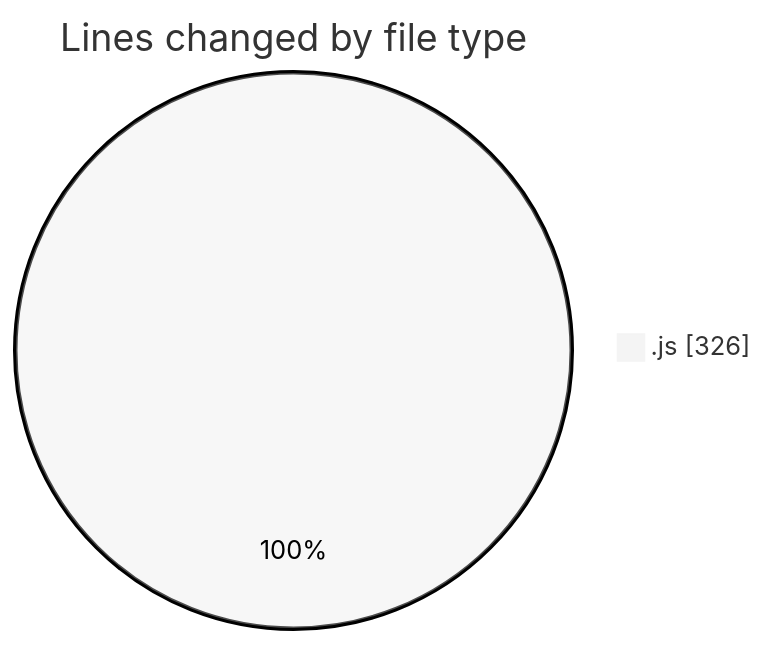
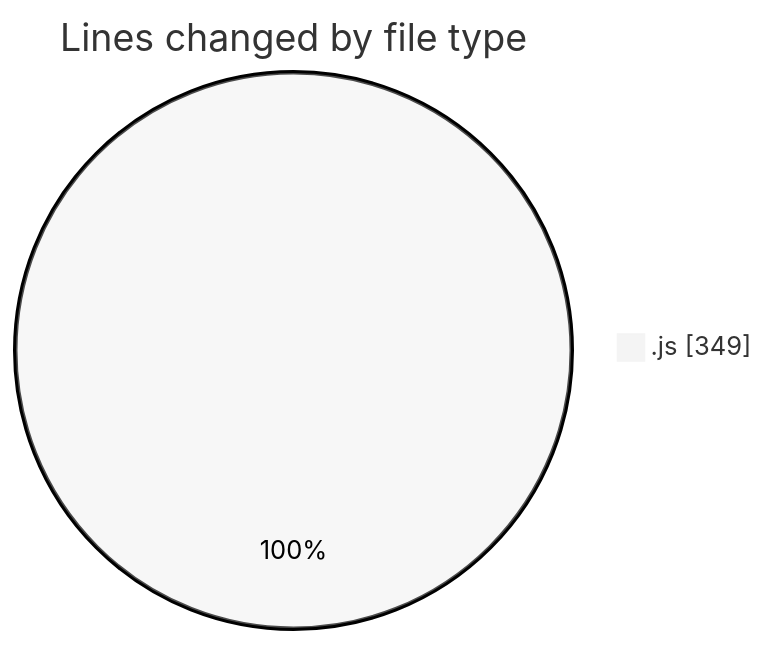
The first of 2 diagrams in 2025-11-03/nxtqube_webapp/README.md (nxtqubesakshisongat/code-tracking), drawn with Mermaid (neutral theme) before and after one commit. The commit also changed other lines of this file and 1 other file, not shown here.

````diff
--- a/2025-11-03/nxtqube_webapp/README.md
+++ b/2025-11-03/nxtqube_webapp/README.md
@@ -20,5 +21,5 @@
 ```mermaid
 pie showData
 title Lines changed by file type
-".js" : 326
+".js" : 349
 ```
````
